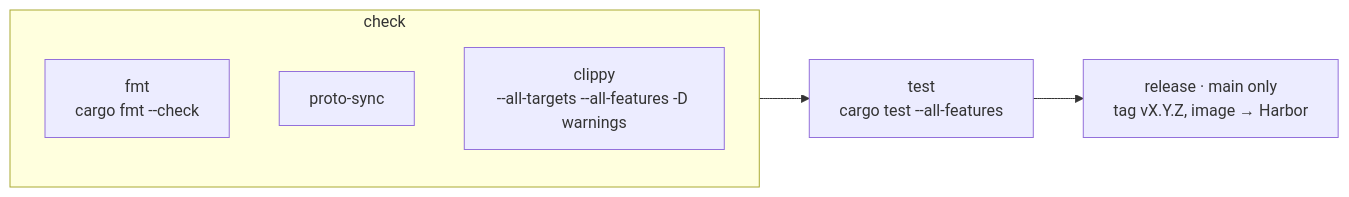
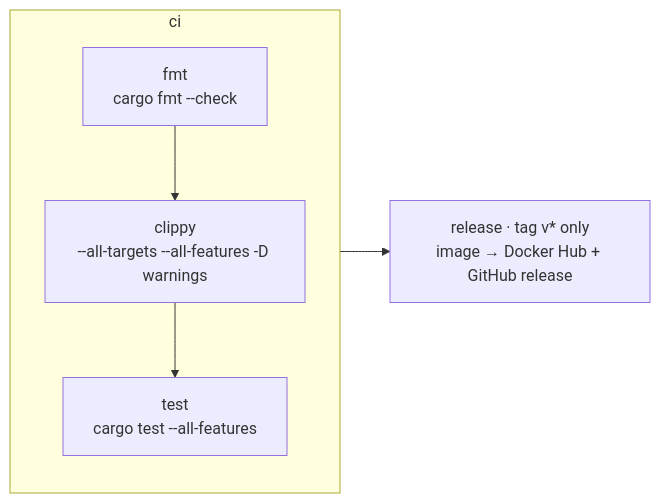
Before and after one commit to snodra/snodra-server: the diagram in README.md, drawn with Mermaid. The commit also changed other lines of this file and 3 other files, not shown here.

First line of the commit message:
feat: the server builds and releases on GitHub Actions

````diff
--- a/README.md
+++ b/README.md
@@ -1193,9 +1193,7 @@
 ```mermaid
 flowchart LR
-    subgraph check
-      fmt["fmt<br/>cargo fmt --check"]
-      sync["proto-sync"]
-      clippy["clippy<br/>--all-targets --all-features -D warnings"]
+    subgraph ci [ci]
+      fmt["fmt<br/>cargo fmt --check"] --> clippy["clippy<br/>--all-targets --all-features -D warnings"] --> test["test<br/>cargo test --all-features"]
     end
-    check --> test["test<br/>cargo test --all-features"] --> release["release · main only<br/>tag vX.Y.Z, image → Harbor"]
+    ci --> rel["release · tag v* only<br/>image → Docker Hub + GitHub release"]
 ```
````
